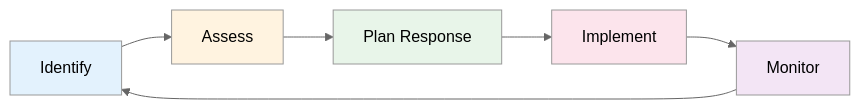
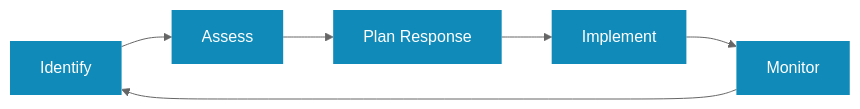
The diagram in _pages/risk-management/index.md (kevinmcaleer/kevstemplates.com), drawn with Mermaid (neutral theme) before and after one commit. The commit also changed other lines of this file and 72 other files, not shown here.

```diff
--- a/_pages/risk-management/index.md
+++ b/_pages/risk-management/index.md
@@ -22,14 +22,11 @@
 <div class="mermaid">
 flowchart LR
     ID[Identify] --> AS[Assess]
     AS --> PL[Plan Response]
     PL --> IM[Implement]
     IM --> MO[Monitor]
     MO --> ID
 
-    style ID fill:#e3f2fd
-    style AS fill:#fff3e0
-    style PL fill:#e8f5e9
-    style IM fill:#fce4ec
-    style MO fill:#f3e5f5
+    classDef blue fill:#108BB9,stroke:none,color:#fff
+    class ID,AS,PL,IM,MO blue
 </div>
```
